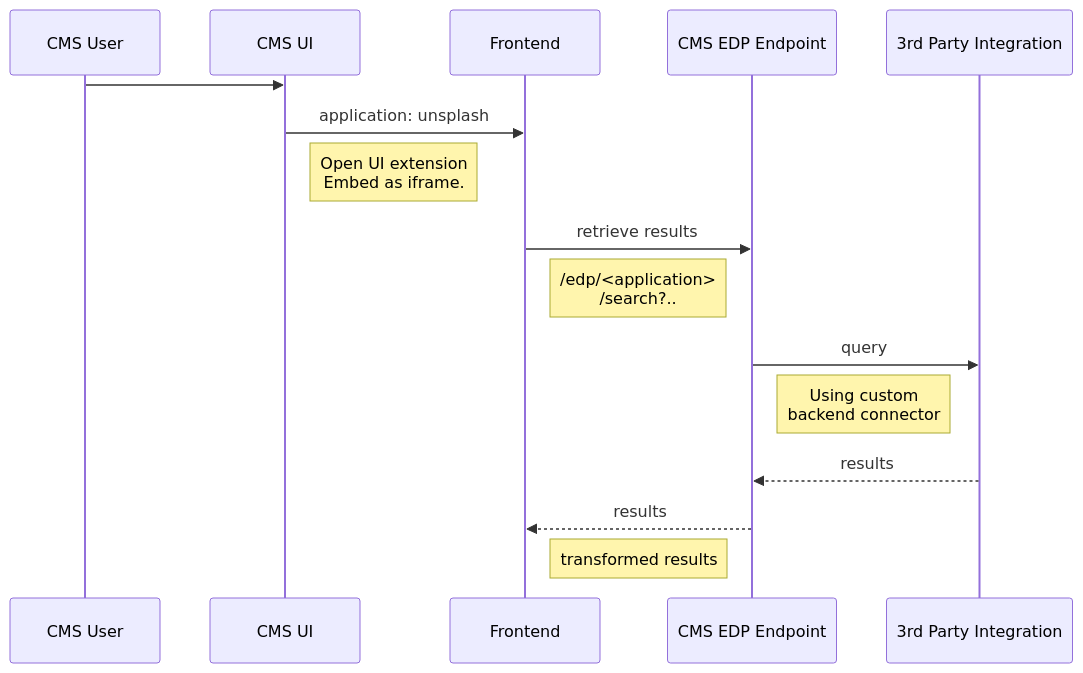
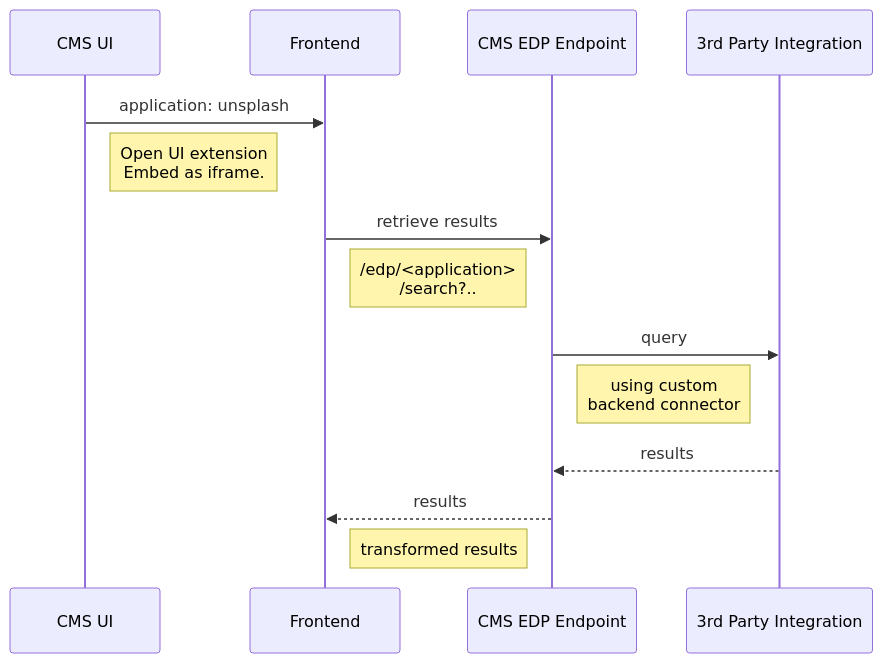
The diagram in README.md (bloomreach/brxm-open-ui-external-document-picker), drawn with Mermaid before and after one commit. The commit also changed other lines of this file, not shown here.

````diff
--- a/README.md
+++ b/README.md
@@ -187,17 +213,17 @@
 ```mermaid
 sequenceDiagram
-CMS User ->> CMS UI: 
+
 CMS UI ->> Frontend: application: unsplash
 Note right of CMS UI: Open UI extension <br/> Embed as iframe.
 Frontend ->> CMS EDP Endpoint: retrieve results
 Note right of Frontend: /edp/<application><br/>/search?..
 CMS EDP Endpoint ->> 3rd Party Integration: query
-Note right of CMS EDP Endpoint: Using custom <br/> backend connector
+Note right of CMS EDP Endpoint: using custom <br/> backend connector
 3rd Party Integration -->> CMS EDP Endpoint: results 
 CMS EDP Endpoint -->> Frontend: results 
 Note right of Frontend: transformed results
 
 
 
 
 ```
````
